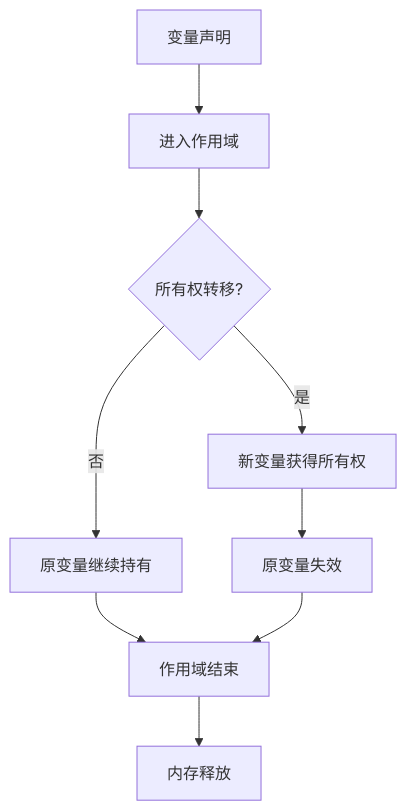
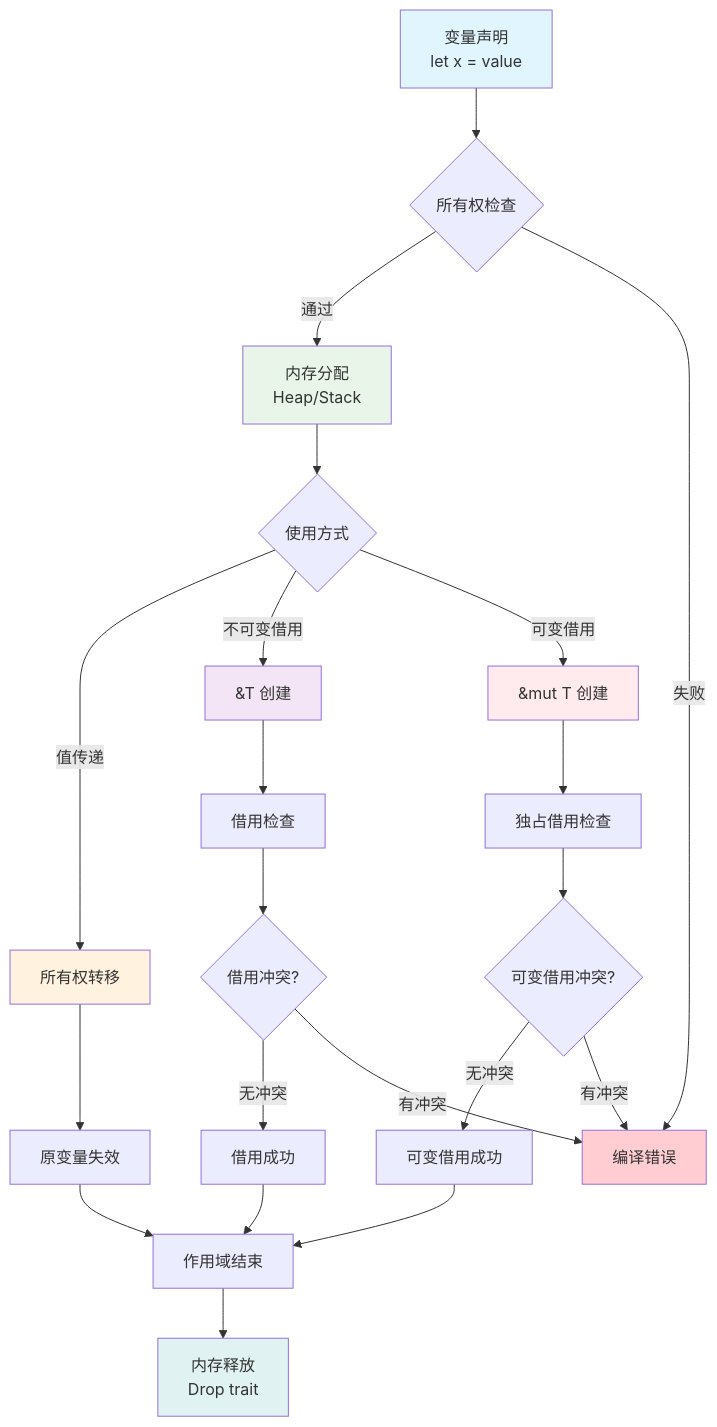
Before and after one commit to martin-ly/rust-lang: the first of 3 diagrams in formal_rust/refactor/01_core_theory/01_variable_system/01_execution_flow.md, drawn with Mermaid. The commit also changed other lines of this file and 7 other files, not shown here.

````diff
--- a/formal_rust/refactor/01_core_theory/01_variable_system/01_execution_flow.md
+++ b/formal_rust/refactor/01_core_theory/01_variable_system/01_execution_flow.md
@@ -75,11 +178,36 @@
 ```mermaid
 graph TD
-    A[变量声明] --> B[进入作用域]
-    B --> C{所有权转移?}
-    C -- 是 --> D[新变量获得所有权]
-    C -- 否 --> E[原变量继续持有]
-    D --> F[原变量失效]
-    E --> G[作用域结束]
-    F --> G
-    G --> H[内存释放]
+    A[变量声明<br/>let x = value] --> B{所有权检查}
+    B -->|通过| C[内存分配<br/>Heap/Stack]
+    B -->|失败| X[编译错误]
+    
+    C --> D{使用方式}
+    D -->|值传递| E[所有权转移]
+    D -->|不可变借用| F[&T 创建]
+    D -->|可变借用| G[&mut T 创建]
+    
+    E --> H[原变量失效]
+    F --> I[借用检查]
+    G --> J[独占借用检查]
+    
+    I --> K{借用冲突?}
+    J --> L{可变借用冲突?}
+    
+    K -->|无冲突| M[借用成功]
+    K -->|有冲突| X
+    L -->|无冲突| N[可变借用成功]
+    L -->|有冲突| X
+    
+    H --> O[作用域结束]
+    M --> O
+    N --> O
+    O --> P[内存释放<br/>Drop trait]
+    
+    style A fill:#e1f5fe
+    style C fill:#e8f5e8
+    style E fill:#fff3e0
+    style F fill:#f3e5f5
+    style G fill:#ffebee
+    style P fill:#e0f2f1
+    style X fill:#ffcdd2
 ```
````
